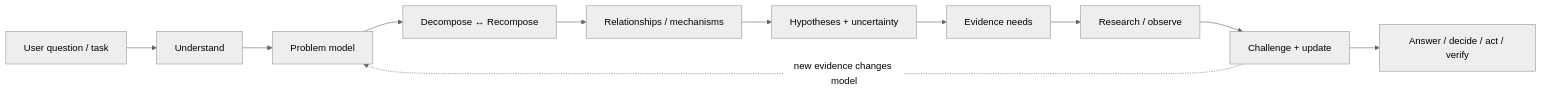
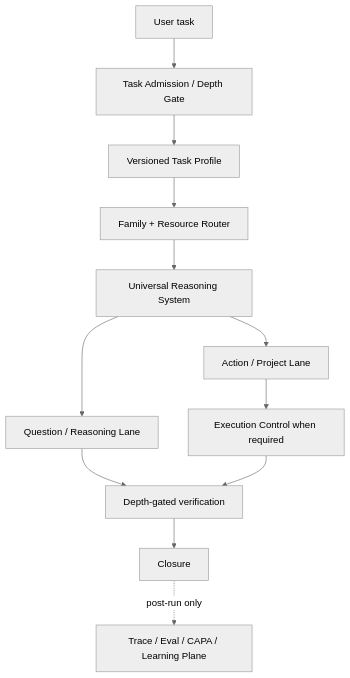
One commit to zy839971925-zyy/Agent--deep-research-Workflow-Skills changed the diagram in README.md. Above: the diagram before and after it, drawn with Mermaid (neutral theme). The commit also changed other lines of this file and 14 other files, not shown here.

````diff
--- a/README.md
+++ b/README.md
@@ -214,14 +112,17 @@
 ```mermaid
-flowchart LR
-    Q["User question / task"] --> U["Understand"]
-    U --> M["Problem model"]
-    M --> D["Decompose ↔ Recompose"]
-    D --> R["Relationships / mechanisms"]
-    R --> H["Hypotheses + uncertainty"]
-    H --> E["Evidence needs"]
-    E --> S["Research / observe"]
-    S --> C["Challenge + update"]
-    C --> O["Answer / decide / act / verify"]
+flowchart TD
+    U["User task"] --> G["Task Admission / Depth Gate"]
+    G --> P["Versioned Task Profile"]
+    P --> R["Family + Resource Router"]
+    R --> C["Universal Reasoning System"]
 
-    C -. new evidence changes model .-> M
+    C --> Q["Question / Reasoning Lane"]
+    C --> A["Action / Project Lane"]
+
+    Q --> V["Depth-gated verification"]
+    A --> E["Execution Control when required"]
+    E --> V
+
+    V --> X["Closure"]
+    X -. post-run only .-> L["Trace / Eval / CAPA / Learning Plane"]
 ```
````
